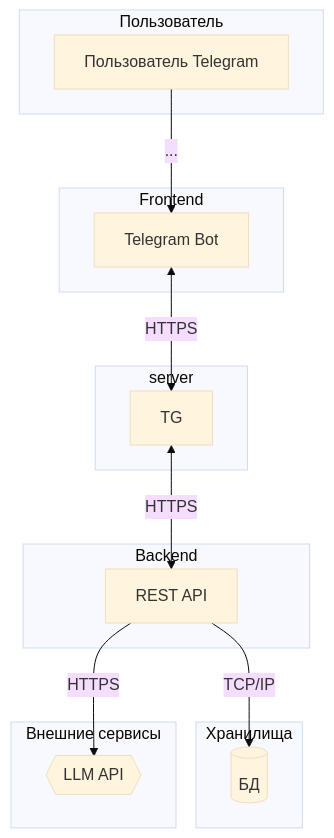
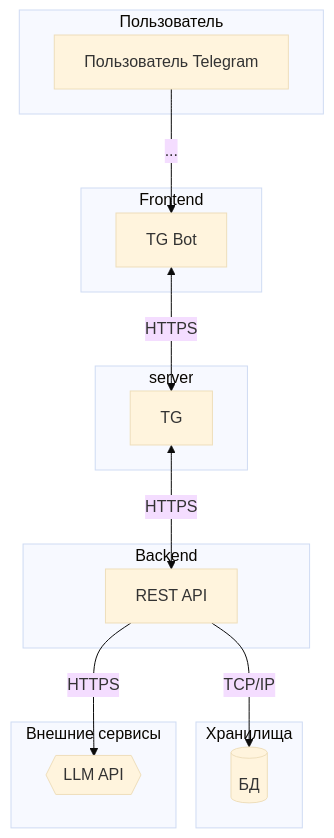
Before and after one commit to patolog123/Analyst-3.0: the diagram in Анастасия_Друзьянова/architect.MD, drawn with Mermaid (base theme).

````diff
--- a/Анастасия_Друзьянова/architect.MD
+++ b/Анастасия_Друзьянова/architect.MD
@@ -1,33 +1,33 @@
 ```mermaid
 graph TD
     subgraph "Пользователь"
         A[Пользователь Telegram]
     end
 
     subgraph "Frontend"
-        B[Telegram Bot]
+        B[TG Bot]
     end
     
     subgraph "server"
         C[TG]
     end
 
     subgraph "Backend"
         D[REST API]
     end
 
     subgraph "Хранилища"
         E[(БД)]
     end
 
     subgraph "Внешние сервисы"
         F{{LLM API}}
     end
 
     %% Связи между компонентами
     A -- ... --> B
     B <-- HTTPS --> C
     C <-- HTTPS --> D
     D -- TCP/IP --> E
     D -- HTTPS --> F
 ```
````
